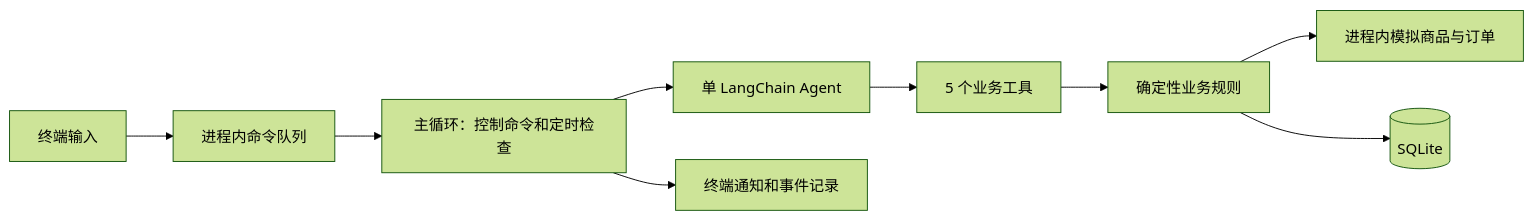
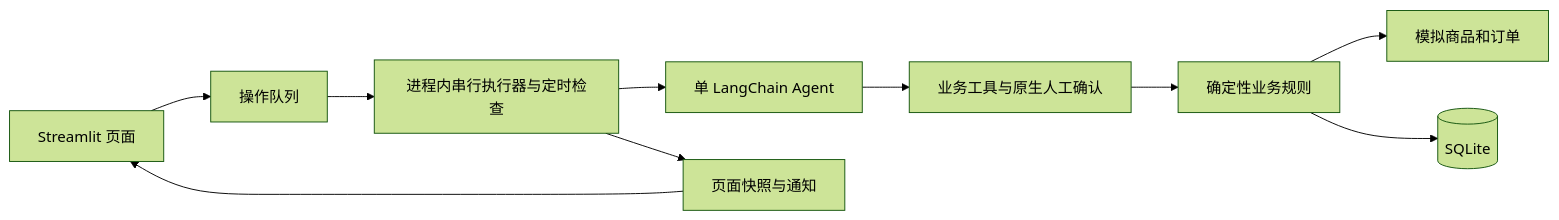
One commit to cc0824/order-agent changed the diagram in 实现方案.md. Above: the diagram before and after it, drawn with Mermaid (forest theme). The commit also changed other lines of this file and 37 other files, not shown here.

````diff
--- a/实现方案.md
+++ b/实现方案.md
@@ -40,11 +33,12 @@
 ```mermaid
 flowchart LR
-    CLI[终端输入] --> Q[进程内命令队列]
-    Q --> LOOP[主循环：控制命令和定时检查]
-    LOOP --> AGENT[单 LangChain Agent]
-    AGENT --> TOOLS[5 个业务工具]
+    PAGE[Streamlit 页面] --> Q[操作队列]
+    Q --> RUN[进程内串行执行器与定时检查]
+    RUN --> AGENT[单 LangChain Agent]
+    AGENT --> TOOLS[业务工具与原生人工确认]
     TOOLS --> RULES[确定性业务规则]
-    RULES --> SIM[进程内模拟商品与订单]
+    RULES --> SIM[模拟商品和订单]
     RULES --> DB[(SQLite)]
-    LOOP --> OUT[终端通知和事件记录]
+    RUN --> SNAP[页面快照与通知]
+    SNAP --> PAGE
 ```
````
